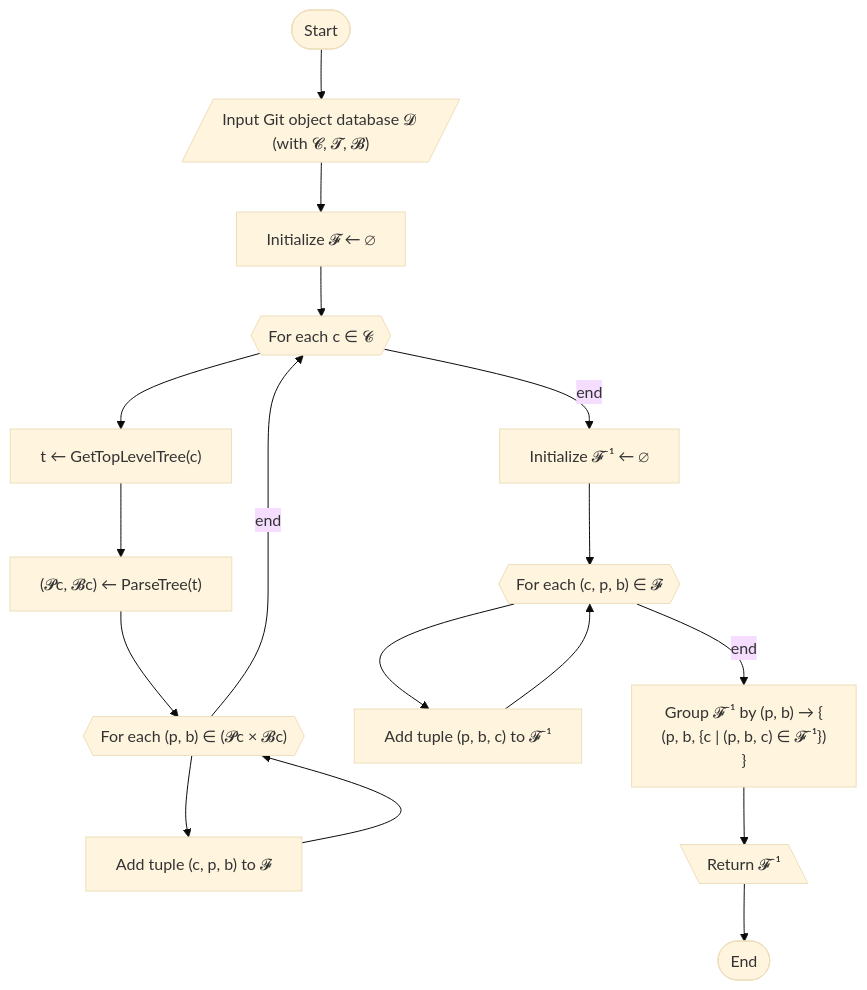
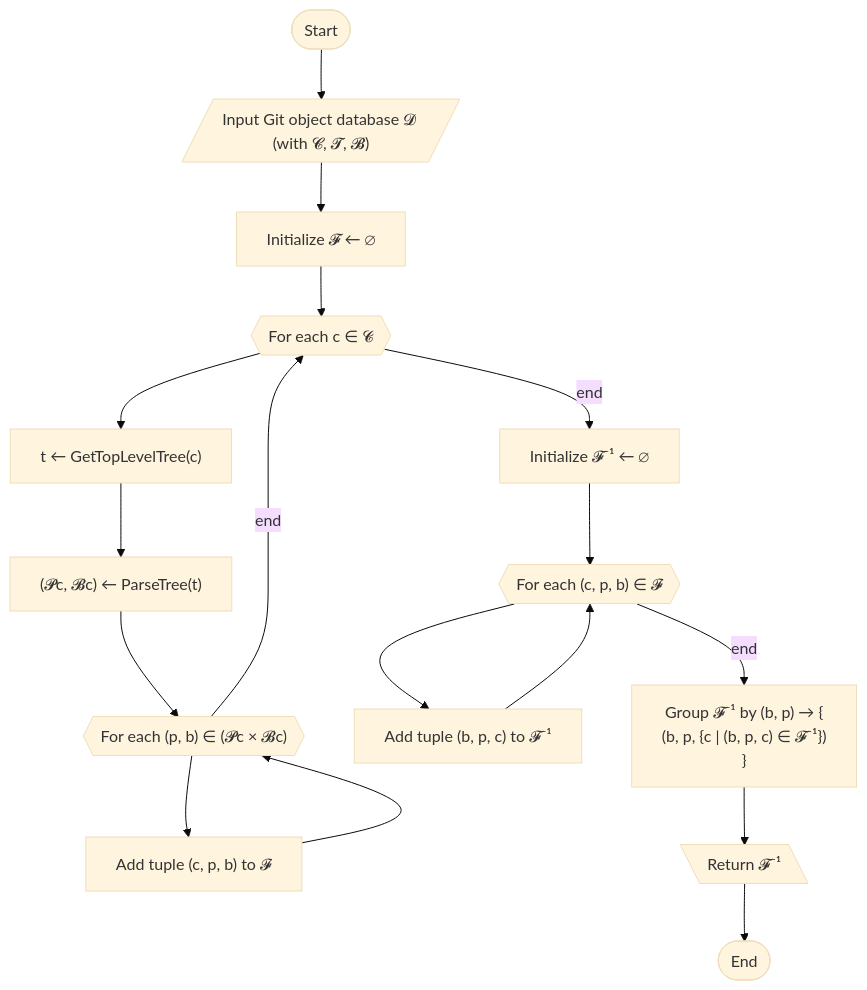
Before and after one commit to npc1054657282/VCAligner: the first of 3 diagrams in doc/gvca：在供应链最后一英里差异检测中对发行版在git源码仓库中进行commit版本溯源.md, drawn with Mermaid (base theme). The commit also changed other lines of this file and 8 other files, not shown here.

````diff
--- a/doc/gvca：在供应链最后一英里差异检测中对发行版在git源码仓库中进行commit版本溯源.md
+++ b/doc/gvca：在供应链最后一英里差异检测中对发行版在git源码仓库中进行commit版本溯源.md
@@ -214,27 +214,27 @@
 ``` mermaid
 flowchart TD
     Start(["Start"])
     Input[/"Input Git object database 𝓓 (with 𝓒, 𝓣, 𝓑)"/]
     InitF["Initialize 𝓕 ← ∅"]
     LoopC{{"For each c ∈ 𝓒"}}
     GetTree["t ← GetTopLevelTree(c)"]
     ParseTree["(𝓟c, 𝓑c) ← ParseTree(t)"]
     LoopPair{{"For each (p, b) ∈ (𝓟c × 𝓑c)"}}
     AppendF["Add tuple (c, p, b) to 𝓕"]
     InitInverse["Initialize 𝓕⁻¹ ← ∅"]
     LoopTuple{{"For each (c, p, b) ∈ 𝓕"}}
-    AppendInverse["Add tuple (p, b, c) to 𝓕⁻¹"]
-    Group["Group 𝓕⁻¹ by (p, b) → {<br>(p, b, {c | (p, b, c) ∈ 𝓕⁻¹})<br>}"]
+    AppendInverse["Add tuple (b, p, c) to 𝓕⁻¹"]
+    Group["Group 𝓕⁻¹ by (b, p) → {<br>(b, p, {c | (b, p, c) ∈ 𝓕⁻¹})<br>}"]
     Output[\"Return 𝓕⁻¹"\]
     End(["End"])
 
     %% Flow
     Start --> Input --> InitF --> LoopC
     LoopC --> GetTree --> ParseTree --> LoopPair --> AppendF
     AppendF --> LoopPair
     LoopPair -->|end| LoopC
     LoopC -->|end| InitInverse
     InitInverse --> LoopTuple --> AppendInverse
     AppendInverse --> LoopTuple 
     LoopTuple -->|end| Group --> Output --> End
 ```
````
